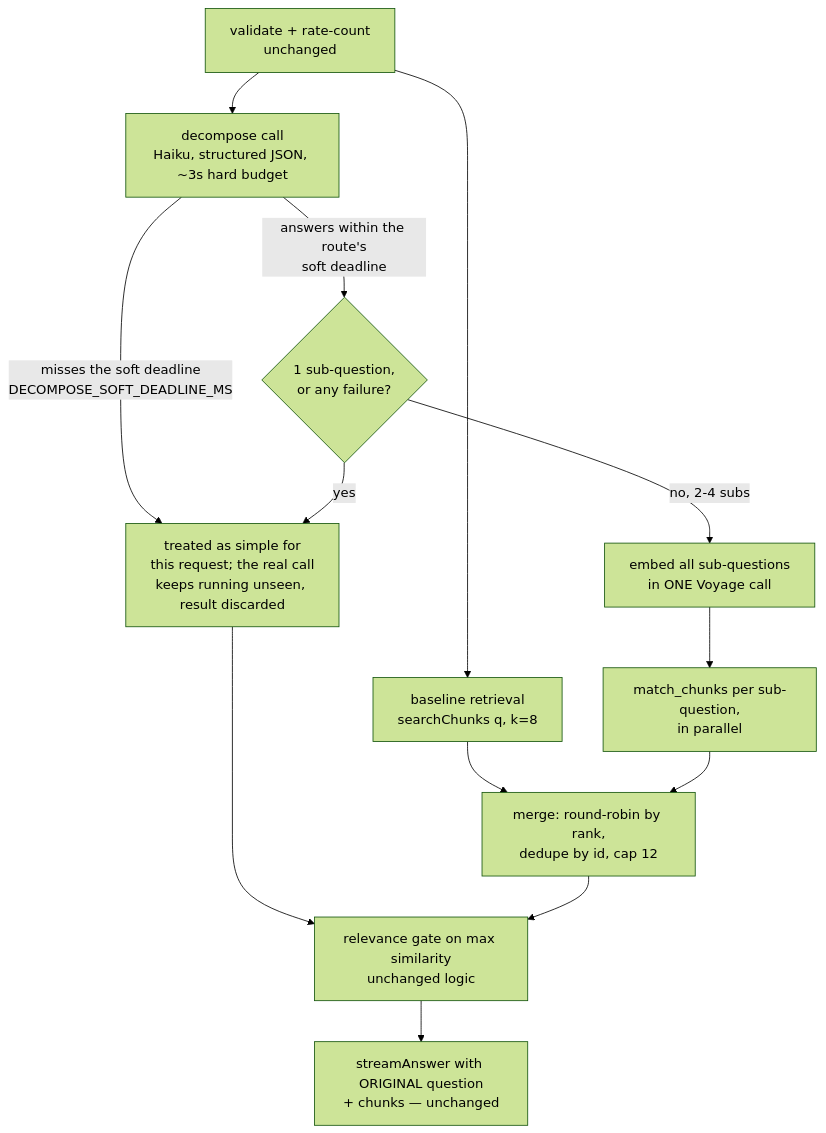
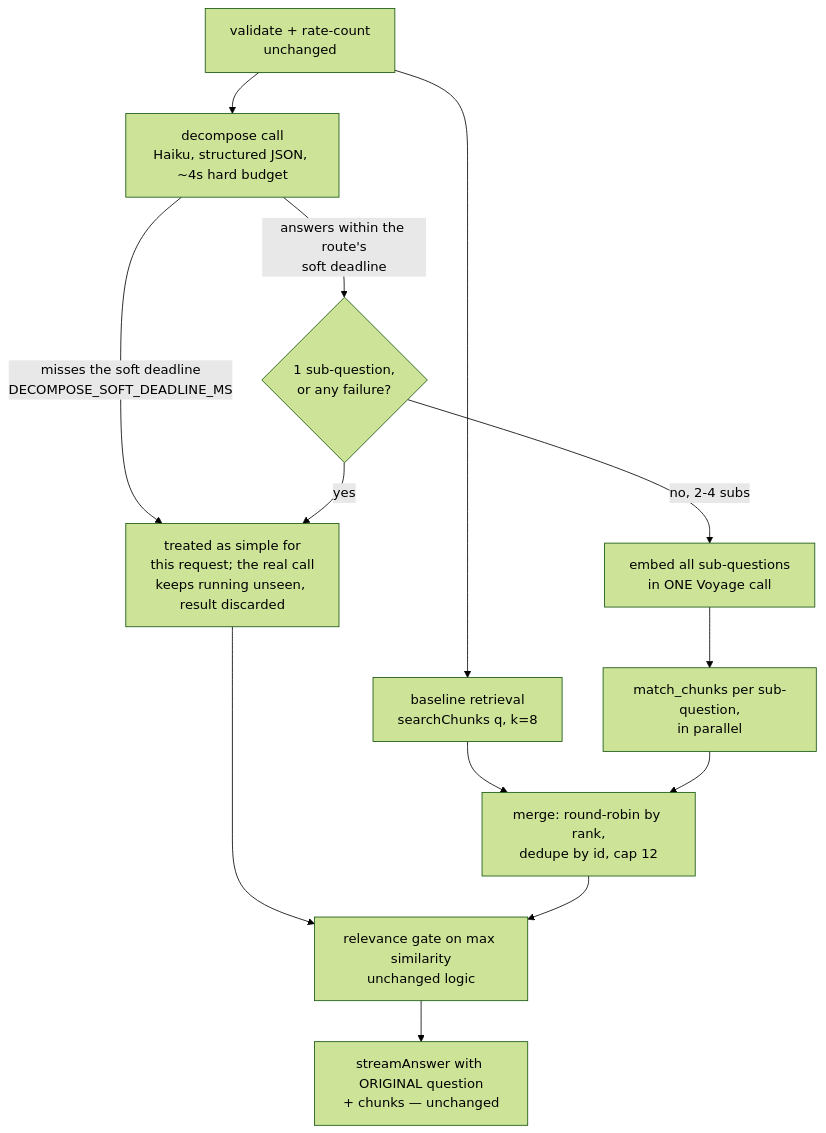
One commit to markusluisflores/the-fourth-official changed the diagram in docs/superpowers/specs/2026-07-15-query-decomposition-design.md. Above: the diagram before and after it, drawn with Mermaid (forest theme). The commit also changed other lines of this file and 1 other file, not shown here.

````diff
--- a/docs/superpowers/specs/2026-07-15-query-decomposition-design.md
+++ b/docs/superpowers/specs/2026-07-15-query-decomposition-design.md
@@ -58,15 +62,15 @@
 ```mermaid
 flowchart TD
     A[validate + rate-count<br/>unchanged] --> B[baseline retrieval<br/>searchChunks q, k=8]
-    A --> C[decompose call<br/>Haiku, structured JSON, ~3s hard budget]
+    A --> C[decompose call<br/>Haiku, structured JSON, ~4s hard budget]
     C -->|answers within the route's<br/>soft deadline| D{1 sub-question,<br/>or any failure?}
     C -->|misses the soft deadline<br/>DECOMPOSE_SOFT_DEADLINE_MS| S[treated as simple for<br/>this request; the real call<br/>keeps running unseen, result discarded]
     D -->|yes| S
     D -->|no, 2-4 subs| E[embed all sub-questions<br/>in ONE Voyage call]
     E --> F[match_chunks per sub-question,<br/>in parallel]
     B --> G[merge: round-robin by rank,<br/>dedupe by id, cap 12]
     F --> G
     S --> H[relevance gate on max similarity<br/>unchanged logic]
     G --> H
     H --> I[streamAnswer with ORIGINAL question<br/>+ chunks — unchanged]
 ```
````
